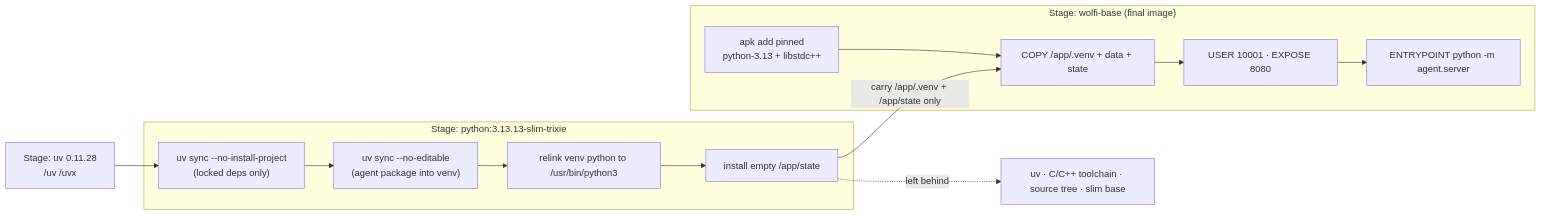
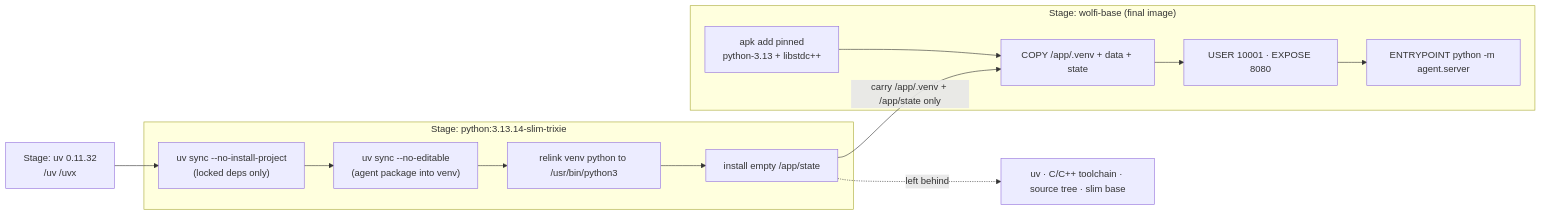
Before and after one commit to LuiGGi629/agentops-open-course: the first of 2 diagrams in docs/6. Platform/6.1. Containers.md, drawn with Mermaid. The commit also changed other lines of this file and 5 other files, not shown here.

````diff
--- a/docs/6. Platform/6.1. Containers.md
+++ b/docs/6. Platform/6.1. Containers.md
@@ -27,16 +27,16 @@
 ```mermaid
 flowchart LR
-    UV["Stage: uv 0.11.28<br/>/uv /uvx"] --> B1
-    subgraph build["Stage: python:3.13.13-slim-trixie"]
+    UV["Stage: uv 0.11.32<br/>/uv /uvx"] --> B1
+    subgraph build["Stage: python:3.13.14-slim-trixie"]
         B1["uv sync --no-install-project<br/>(locked deps only)"] --> B2["uv sync --no-editable<br/>(agent package into venv)"]
         B2 --> B3["relink venv python to /usr/bin/python3"]
         B3 --> B4["install empty /app/state"]
     end
     subgraph runtime["Stage: wolfi-base (final image)"]
         R1["apk add pinned<br/>python-3.13 + libstdc++"] --> R2["COPY /app/.venv + data + state"]
         R2 --> R3["USER 10001 · EXPOSE 8080"]
         R3 --> R4["ENTRYPOINT python -m agent.server"]
     end
     B4 -->|"carry /app/.venv + /app/state only"| R2
     B4 -.->|left behind| L["uv · C/C++ toolchain · source tree · slim base"]
 ```
````
